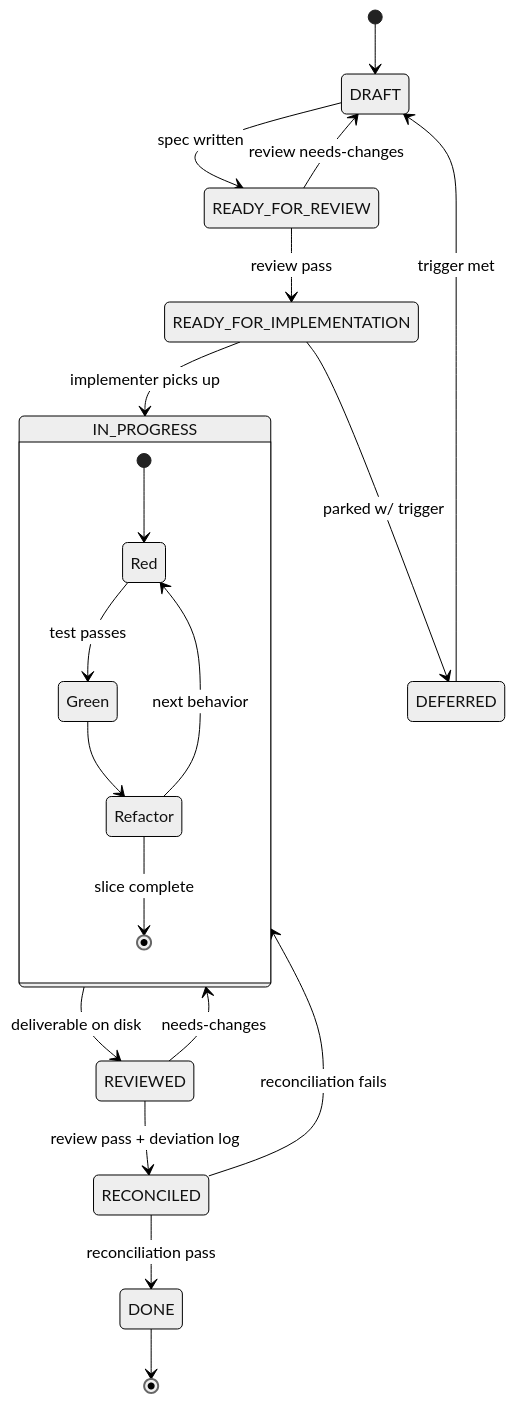
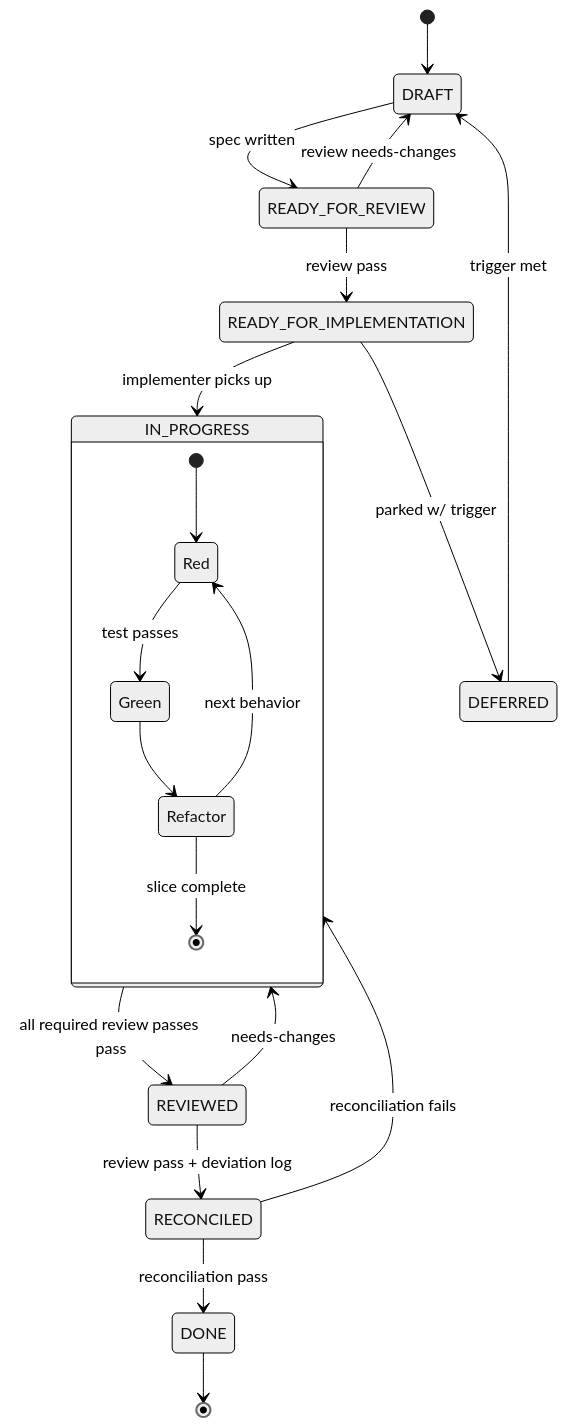
The diagram in docs/workflow.md (ramboz/jig), drawn with Mermaid (neutral theme) before and after one commit. The commit also changed other lines of this file and 5 other files, not shown here.

First line of the commit message:
docs: reflect three-pass post-impl review across user-facing docs

````diff
--- a/docs/workflow.md
+++ b/docs/workflow.md
@@ -16,25 +16,25 @@
 ```mermaid
 stateDiagram-v2
     [*] --> DRAFT
     DRAFT --> READY_FOR_REVIEW: spec written
     READY_FOR_REVIEW --> DRAFT: review needs-changes
     READY_FOR_REVIEW --> READY_FOR_IMPLEMENTATION: review pass
     READY_FOR_IMPLEMENTATION --> IN_PROGRESS: implementer picks up
     READY_FOR_IMPLEMENTATION --> DEFERRED: parked w/ trigger
 
     state IN_PROGRESS {
         [*] --> Red
         Red --> Green: test passes
         Green --> Refactor
         Refactor --> Red: next behavior
         Refactor --> [*]: slice complete
     }
 
-    IN_PROGRESS --> REVIEWED: deliverable on disk
+    IN_PROGRESS --> REVIEWED: all required review passes pass
     REVIEWED --> IN_PROGRESS: needs-changes
     REVIEWED --> RECONCILED: review pass + deviation log
     RECONCILED --> IN_PROGRESS: reconciliation fails
     RECONCILED --> DONE: reconciliation pass
     DEFERRED --> DRAFT: trigger met
     DONE --> [*]
 ```
````
